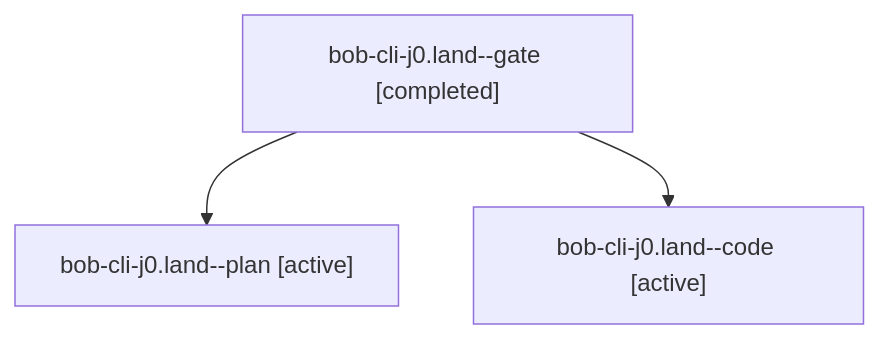
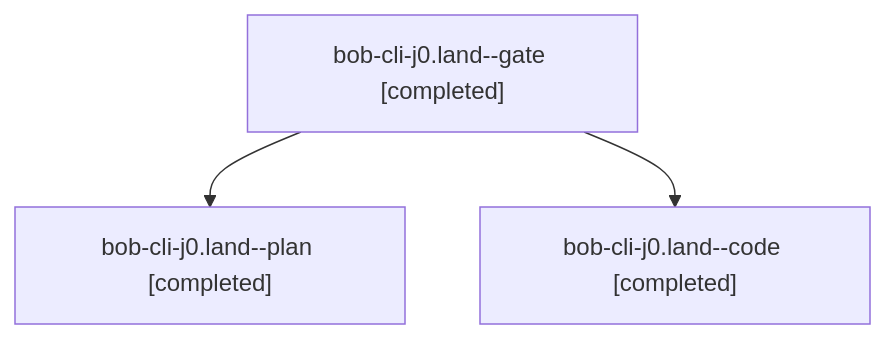
Before and after one commit to bobs-org/bob-cli--agents: the diagram in sessions/bbugyi200.apollo.bob-cli-j0.land.md, drawn with Mermaid. The commit also changed other lines of this file and 35 other files, not shown here.

````diff
--- a/sessions/bbugyi200.apollo.bob-cli-j0.land.md
+++ b/sessions/bbugyi200.apollo.bob-cli-j0.land.md
@@ -9,8 +9,8 @@
 ```mermaid
 flowchart TD
   n0["bob-cli-j0.land--gate [completed]"]
-  n1["bob-cli-j0.land--plan [active]"]
+  n1["bob-cli-j0.land--plan [completed]"]
   n0 --> n1
-  n2["bob-cli-j0.land--code [active]"]
+  n2["bob-cli-j0.land--code [completed]"]
   n0 --> n2
 ```
````
